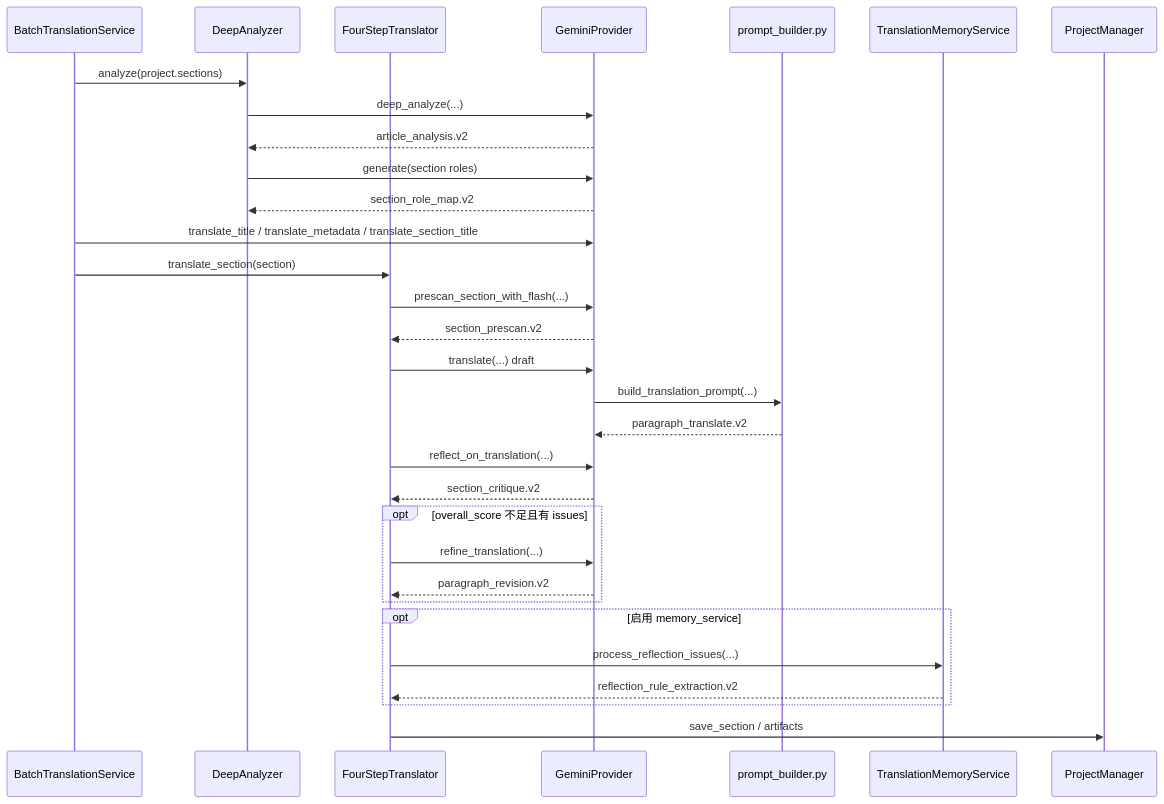
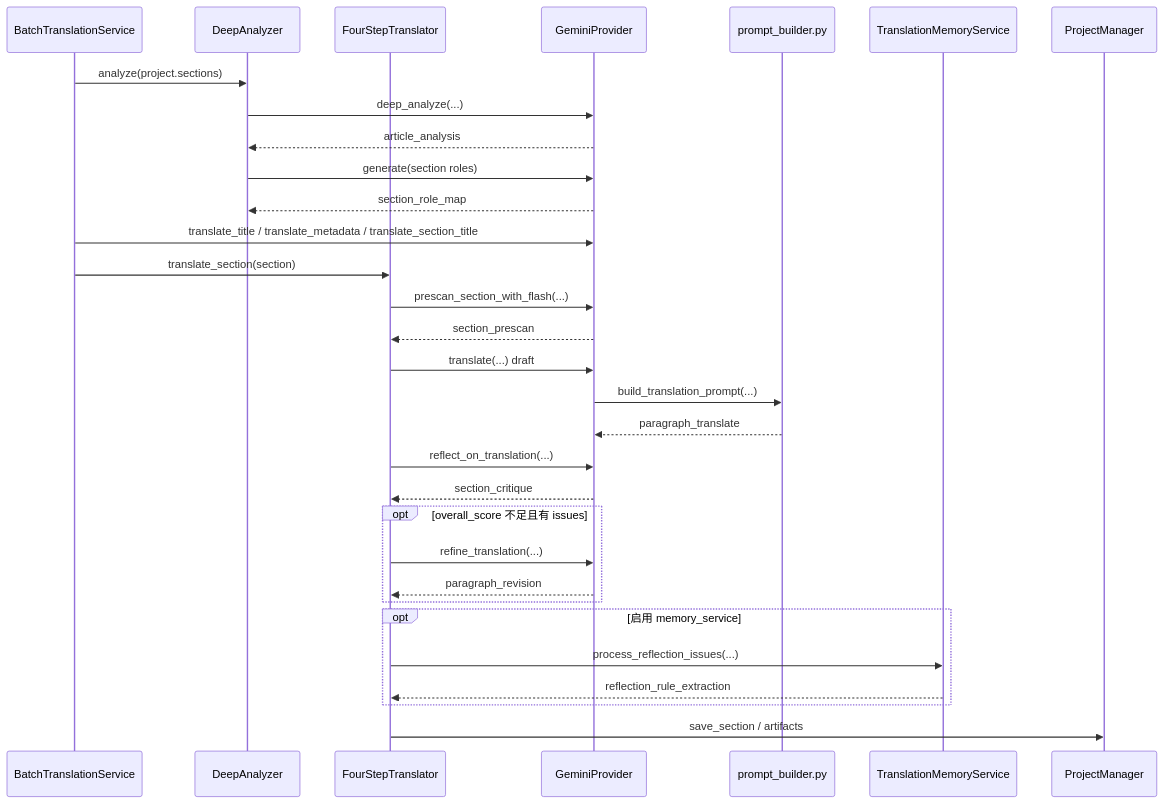
Before and after one commit to zzxxww01/translation-web: the seventh of 11 diagrams in docs/长文翻译链路.md, drawn with Mermaid. The commit also changed other lines of this file and 174 other files, not shown here.

````diff
--- a/docs/长文翻译链路.md
+++ b/docs/长文翻译链路.md
@@ -389,34 +386,34 @@
 ```mermaid
 sequenceDiagram
     participant Batch as BatchTranslationService
     participant Analyzer as DeepAnalyzer
     participant FST as FourStepTranslator
     participant LLM as GeminiProvider
     participant Builder as prompt_builder.py
     participant Memory as TranslationMemoryService
     participant Store as ProjectManager
 
     Batch->>Analyzer: analyze(project.sections)
     Analyzer->>LLM: deep_analyze(...)
-    LLM-->>Analyzer: article_analysis.v2
+    LLM-->>Analyzer: article_analysis
     Analyzer->>LLM: generate(section roles)
-    LLM-->>Analyzer: section_role_map.v2
+    LLM-->>Analyzer: section_role_map
     Batch->>LLM: translate_title / translate_metadata / translate_section_title
     Batch->>FST: translate_section(section)
     FST->>LLM: prescan_section_with_flash(...)
-    LLM-->>FST: section_prescan.v2
+    LLM-->>FST: section_prescan
     FST->>LLM: translate(...) draft
     LLM->>Builder: build_translation_prompt(...)
-    Builder-->>LLM: paragraph_translate.v2
+    Builder-->>LLM: paragraph_translate
     FST->>LLM: reflect_on_translation(...)
-    LLM-->>FST: section_critique.v2
+    LLM-->>FST: section_critique
     opt overall_score 不足且有 issues
         FST->>LLM: refine_translation(...)
-        LLM-->>FST: paragraph_revision.v2
+        LLM-->>FST: paragraph_revision
     end
     opt 启用 memory_service
         FST->>Memory: process_reflection_issues(...)
-        Memory-->>FST: reflection_rule_extraction.v2
+        Memory-->>FST: reflection_rule_extraction
     end
     FST->>Store: save_section / artifacts
 ```
````
